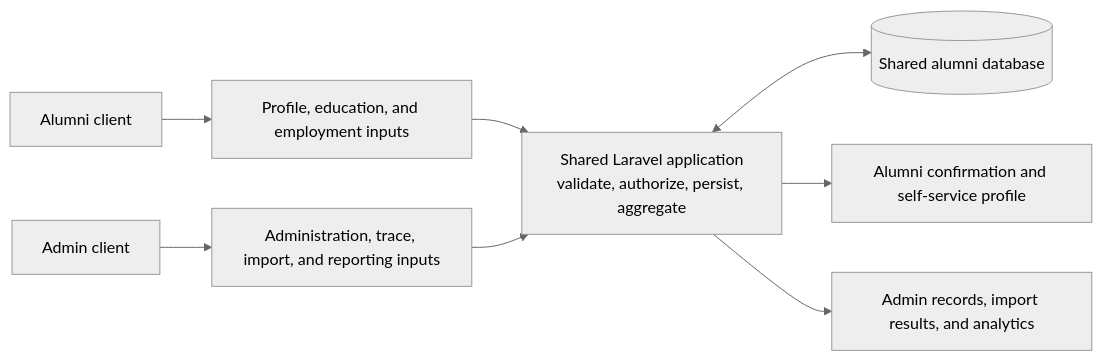
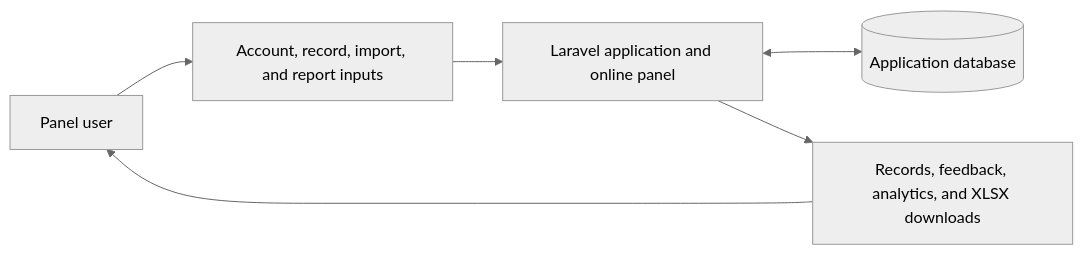
One commit to zrlldy/alumni-tracer changed the first of 3 diagrams in requirements-modeling.md. Above: the diagram before and after it, drawn with Mermaid (neutral theme). The commit also changed other lines of this file and 19 other files, not shown here.

Commit message:
added the alumni data report export page

````diff
--- a/requirements-modeling.md
+++ b/requirements-modeling.md
@@ -43,10 +47,8 @@
 ```mermaid
 flowchart LR
-    A[Alumni client] --> I1[Profile, education, and employment inputs]
-    AD[Admin client] --> I2[Administration, trace, import, and reporting inputs]
-    I1 --> P[Shared Laravel application\nvalidate, authorize, persist, aggregate]
-    I2 --> P
-    P <--> D[(Shared alumni database)]
-    P --> O1[Alumni confirmation and self-service profile]
-    P --> O2[Admin records, import results, and analytics]
+    U[Panel user] --> I[Account, record, import, and report inputs]
+    I --> P[Laravel application and online panel]
+    P <--> D[(Application database)]
+    P --> O[Records, feedback, analytics, and XLSX downloads]
+    O --> U
 ```
````
